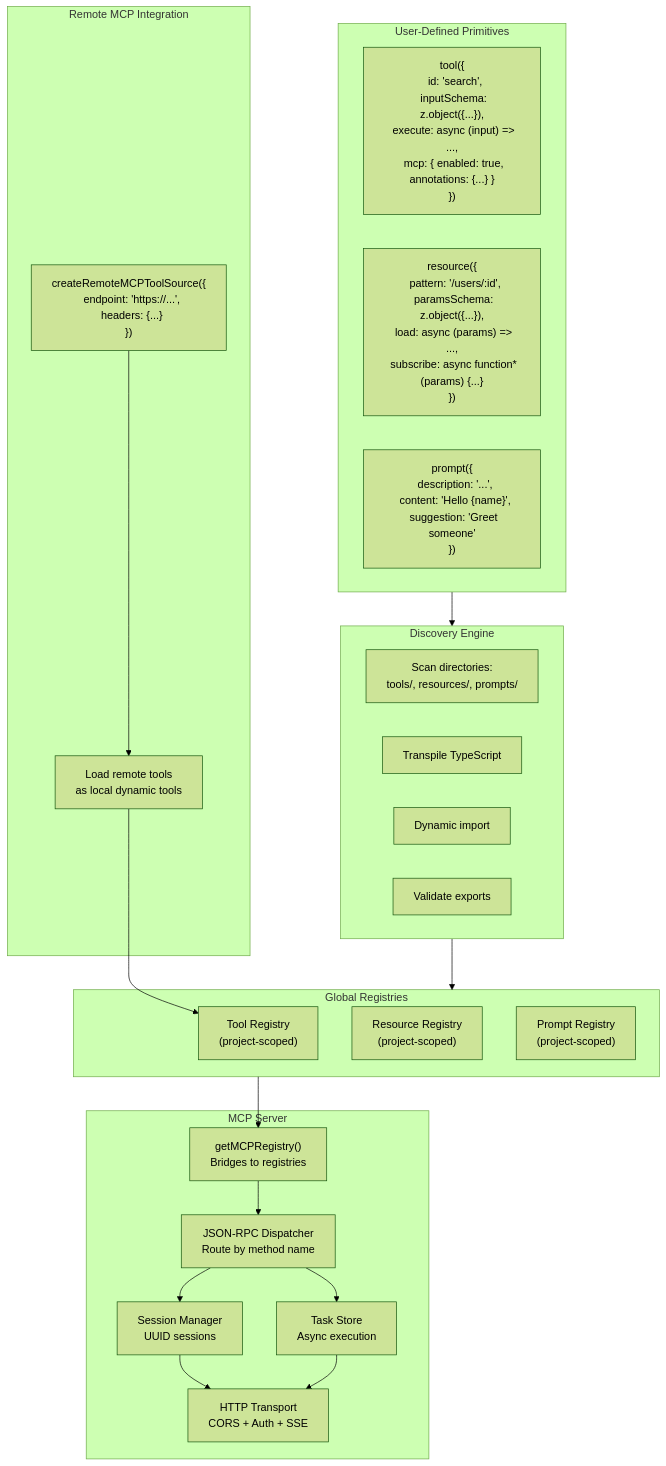
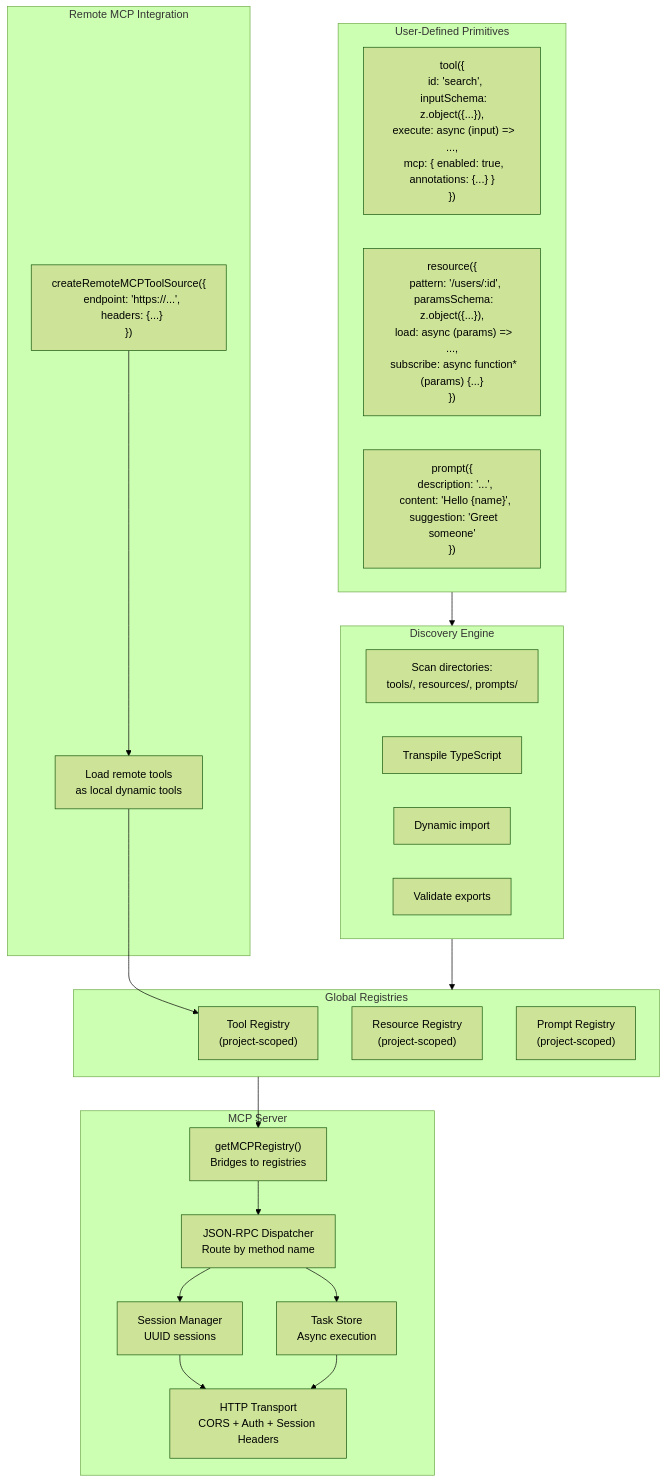
The second of 5 diagrams in docs/architecture/04-mcp-servers.md (veryfront/veryfront-code), drawn with Mermaid (forest theme) before and after one commit. The commit also changed other lines of this file and 28 other files, not shown here.

````diff
--- a/docs/architecture/04-mcp-servers.md
+++ b/docs/architecture/04-mcp-servers.md
@@ -94,46 +94,46 @@
 ```mermaid
 graph TB
     subgraph UserDefined["User-Defined Primitives"]
         UserTool["tool({<br/>  id: 'search',<br/>  inputSchema: z.object({...}),<br/>  execute: async (input) => ...,<br/>  mcp: { enabled: true, annotations: {...} }<br/>})"]
         UserResource["resource({<br/>  pattern: '/users/:id',<br/>  paramsSchema: z.object({...}),<br/>  load: async (params) => ...,<br/>  subscribe: async function* (params) {...}<br/>})"]
         UserPrompt["prompt({<br/>  description: '...',<br/>  content: 'Hello {name}',<br/>  suggestion: 'Greet someone'<br/>})"]
     end
 
     subgraph Discovery2["Discovery Engine"]
         ScanDirs["Scan directories:<br/>tools/, resources/, prompts/"]
         Transpile["Transpile TypeScript"]
         DynImport["Dynamic import"]
         Validate["Validate exports"]
     end
 
     subgraph Registries["Global Registries"]
         ToolReg["Tool Registry<br/>(project-scoped)"]
         ResourceReg["Resource Registry<br/>(project-scoped)"]
         PromptReg["Prompt Registry<br/>(project-scoped)"]
     end
 
     subgraph MCPServer["MCP Server"]
         MCPRegistry["getMCPRegistry()<br/>Bridges to registries"]
         Dispatcher["JSON-RPC Dispatcher<br/>Route by method name"]
         SessionMgr["Session Manager<br/>UUID sessions"]
         TaskStore2["Task Store<br/>Async execution"]
-        HTTPTransport2["HTTP Transport<br/>CORS + Auth + SSE"]
+        HTTPTransport2["HTTP Transport<br/>CORS + Auth + Session Headers"]
     end
 
     subgraph RemoteMCP["Remote MCP Integration"]
         RemoteSource["createRemoteMCPToolSource({<br/>  endpoint: 'https://...',<br/>  headers: {...}<br/>})"]
         RemoteTools["Load remote tools<br/>as local dynamic tools"]
     end
 
     UserDefined --> Discovery2
     Discovery2 --> Registries
     Registries --> MCPRegistry
     MCPRegistry --> Dispatcher
     Dispatcher --> SessionMgr
     Dispatcher --> TaskStore2
     SessionMgr --> HTTPTransport2
     TaskStore2 --> HTTPTransport2
 
     RemoteSource --> RemoteTools
     RemoteTools --> ToolReg
 ```
````
